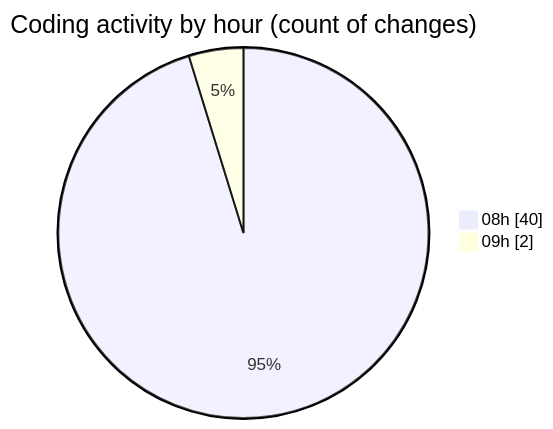
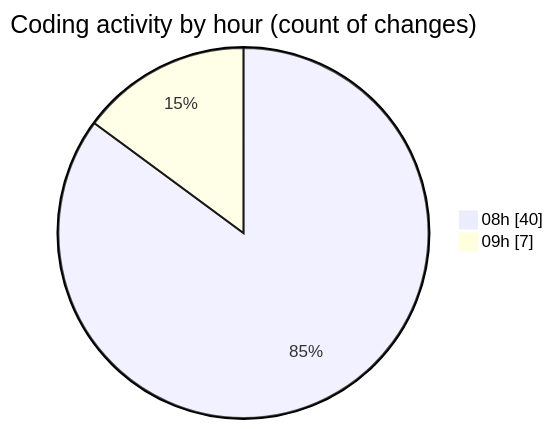
The second of 2 diagrams in 2025-01-27/mbc-web/README.md (robertbonfada/code-tracking), drawn with Mermaid before and after one commit. The commit also changed other lines of this file and 1 other file, not shown here.

````diff
--- a/2025-01-27/mbc-web/README.md
+++ b/2025-01-27/mbc-web/README.md
@@ -39,6 +40,6 @@
 ```mermaid
 pie showData
 title Coding activity by hour (count of changes)
 "08h" : 40
-"09h" : 2
+"09h" : 7
 ```
````
